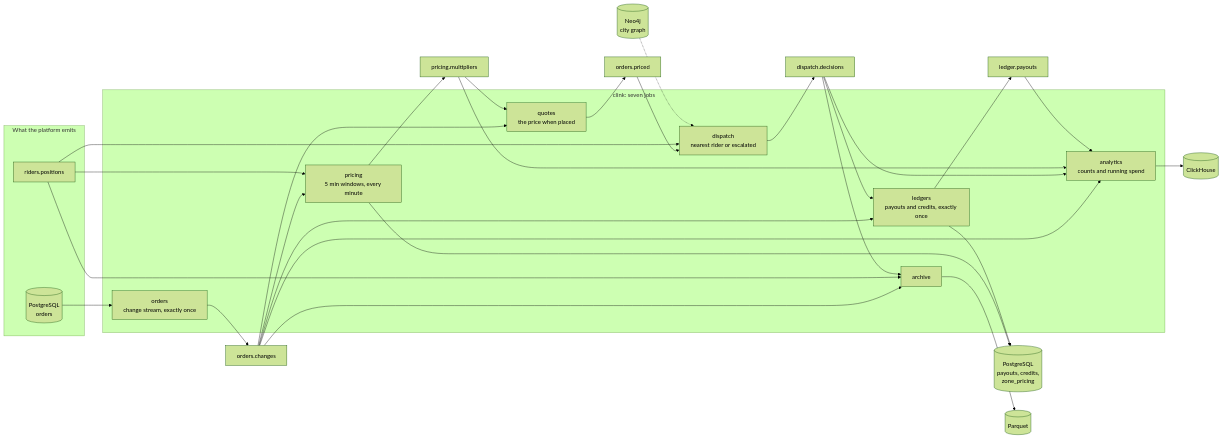
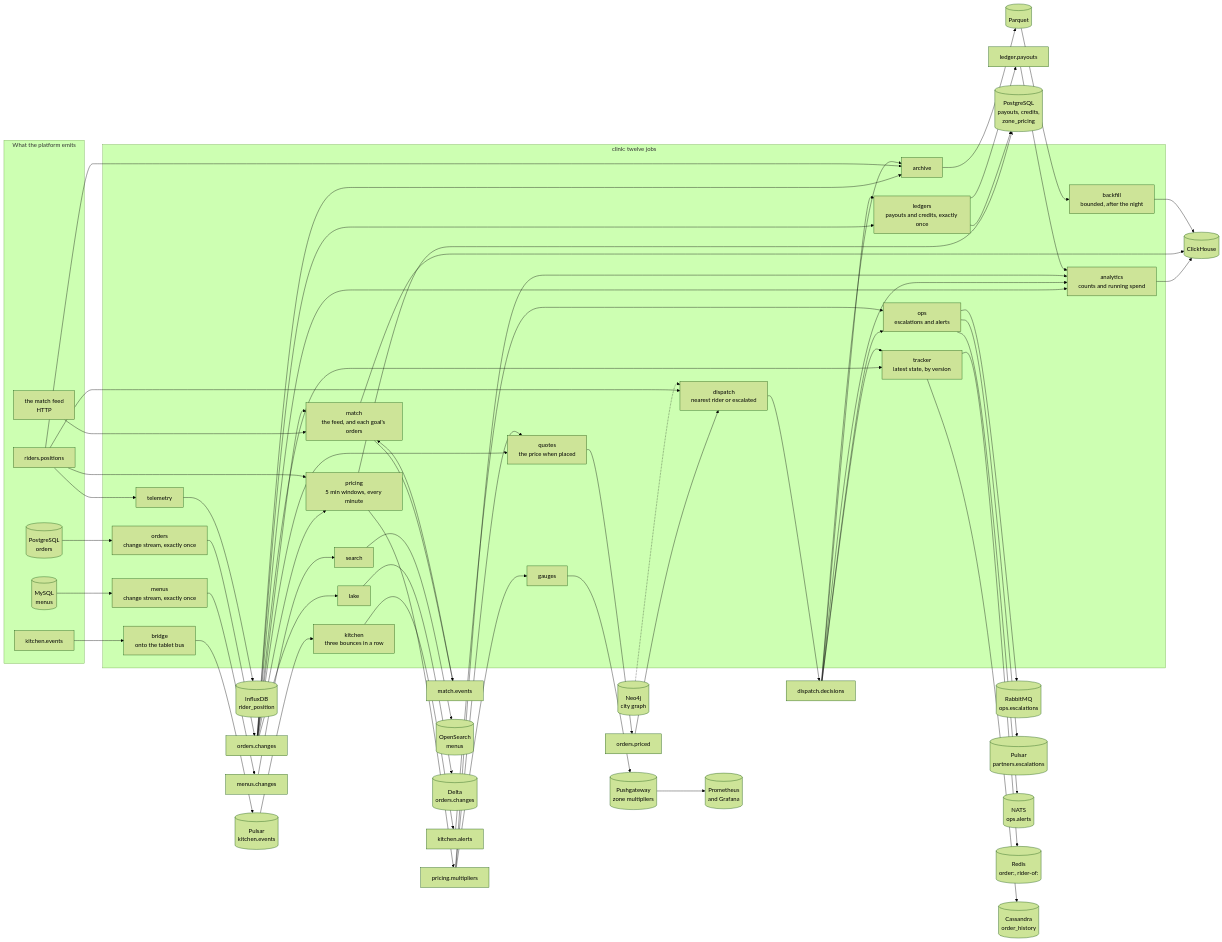
Before and after one commit to orhaugh/half-time: the diagram in README.md, drawn with Mermaid (forest theme). The commit also changed other lines of this file and 42 other files, not shown here.

````diff
--- a/README.md
+++ b/README.md
@@ -53,8 +111,11 @@
     subgraph sources["What the platform emits"]
         PG[("PostgreSQL<br/>orders")]
         RP["riders.positions"]
+        MY[("MySQL<br/>menus")]
+        KE["kitchen.events"]
+        MF["the match feed<br/>HTTP"]
     end
-    subgraph clink["clink: seven jobs"]
+    subgraph clink["clink: twelve jobs"]
         O["orders<br/>change stream, exactly once"]
         P["pricing<br/>5 min windows, every minute"]
         Q["quotes<br/>the price when placed"]
@@ -62,6 +123,17 @@
         L["ledgers<br/>payouts and credits, exactly once"]
         A["analytics<br/>counts and running spend"]
         R["archive"]
+        M["menus<br/>change stream, exactly once"]
+        B["bridge<br/>onto the tablet bus"]
+        K["kitchen<br/>three bounces in a row"]
+        OPS["ops<br/>escalations and alerts"]
+        T["tracker<br/>latest state, by version"]
+        S["search"]
+        MT["match<br/>the feed, and each goal's orders"]
+        LK["lake"]
+        TM["telemetry"]
+        G["gauges"]
+        BF["backfill<br/>bounded, after the night"]
     end
     OC["orders.changes"]
     PM["pricing.multipliers"]
@@ -72,6 +144,20 @@
     PGL[("PostgreSQL<br/>payouts, credits,<br/>zone_pricing")]
     CH[("ClickHouse")]
     PQ[("Parquet")]
+    MC["menus.changes"]
+    PK[("Pulsar<br/>kitchen.events")]
+    KA["kitchen.alerts"]
+    RMQ[("RabbitMQ<br/>ops.escalations")]
+    PP[("Pulsar<br/>partners.escalations")]
+    NT[("NATS<br/>ops.alerts")]
+    RD[("Redis<br/>order:, rider-of:")]
+    CS[("Cassandra<br/>order_history")]
+    ME["match.events"]
+    OS[("OpenSearch<br/>menus")]
+    DL[("Delta<br/>orders.changes")]
+    IX[("InfluxDB<br/>rider_position")]
+    PGW[("Pushgateway<br/>zone multipliers")]
+    PR[("Prometheus<br/>and Grafana")]
     PG --> O --> OC
     OC --> P
     RP --> P --> PM
@@ -92,4 +178,23 @@
     OC --> R
     RP --> R
     DD --> R --> PQ
+    MY --> M --> MC
+    KE --> B --> PK --> K --> KA
+    DD --> OPS
+    KA --> OPS
+    OPS --> RMQ
+    OPS --> PP
+    OPS --> NT
+    OC --> T
+    DD --> T
+    T --> RD
+    T --> CS
+    MC --> S --> OS
+    MF --> MT --> ME
+    ME --> MT
+    OC --> MT --> CH
+    OC --> LK --> DL
+    RP --> TM --> IX
+    PM --> G --> PGW --> PR
+    PQ --> BF --> CH
 ```
````
